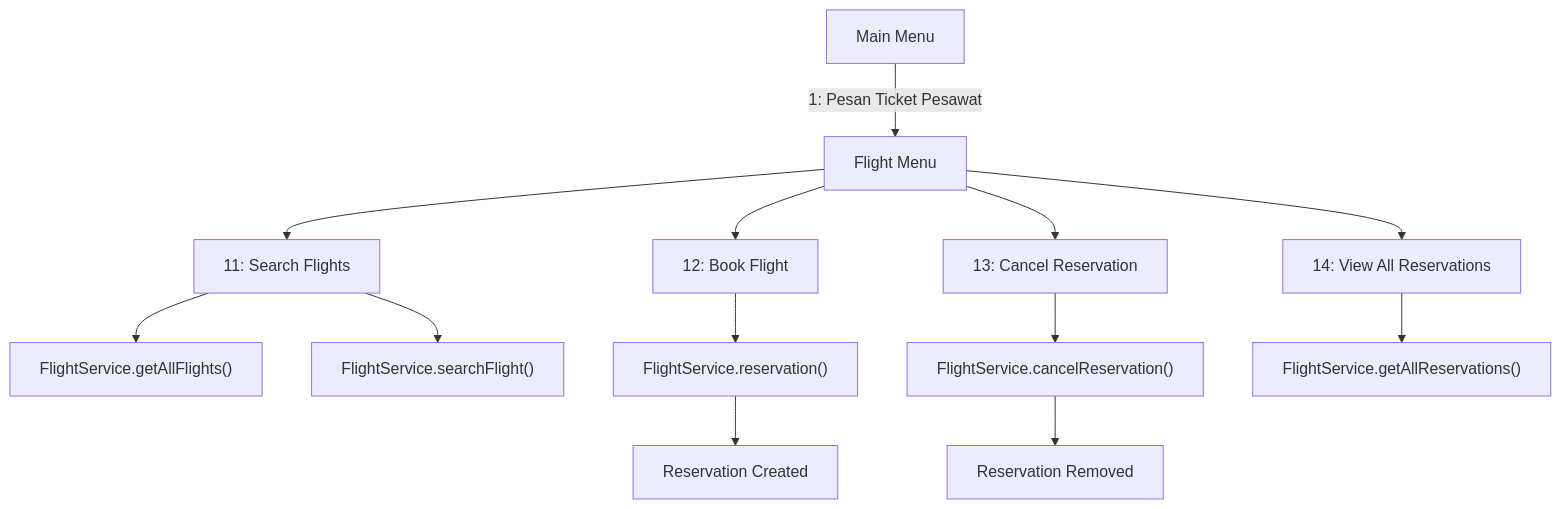
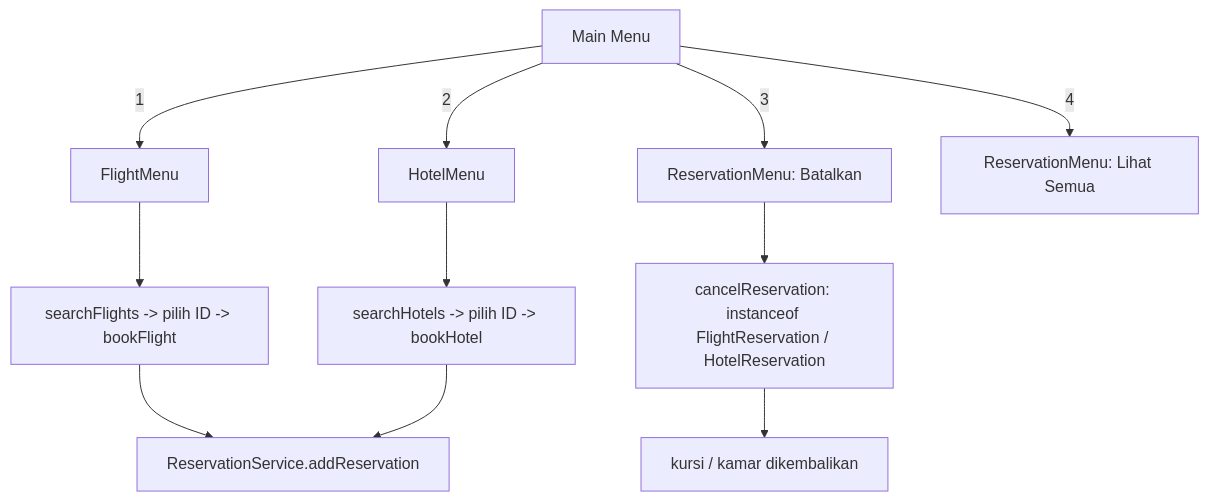
The second of 2 diagrams in README.md (Sinoda-3801/minitraveloka-java), drawn with Mermaid before and after one commit. The commit also changed other lines of this file and 18 other files, not shown here.

Commit message:
Add hotel and reservation features

````diff
--- a/README.md
+++ b/README.md
@@ -58,21 +176,13 @@
 ```mermaid
 flowchart TD
-    A["Main Menu"]
-    A -->|"1: Pesan Ticket Pesawat"| B["Flight Menu"]
-
-    B --> C["11: Search Flights"]
-    B --> D["12: Book Flight"]
-    B --> E["13: Cancel Reservation"]
-    B --> F["14: View All Reservations"]
-
-    C --> G["FlightService.getAllFlights()"]
-    C --> H["FlightService.searchFlight()"]
-
-    D --> I["FlightService.reservation()"]
-    I --> J["Reservation Created"]
-
-    E --> K["FlightService.cancelReservation()"]
-    K --> L["Reservation Removed"]
-
-    F --> M["FlightService.getAllReservations()"]
+    A["Main Menu"] -->|1| B["FlightMenu"]
+    A -->|2| C["HotelMenu"]
+    A -->|3| D["ReservationMenu: Batalkan"]
+    A -->|4| E["ReservationMenu: Lihat Semua"]
+    B --> B1["searchFlights -> pilih ID -> bookFlight"]
+    C --> C1["searchHotels -> pilih ID -> bookHotel"]
+    B1 --> R["ReservationService.addReservation"]
+    C1 --> R
+    D --> D1["cancelReservation: instanceof FlightReservation / HotelReservation"]
+    D1 --> D2["kursi / kamar dikembalikan"]
 ```
````
